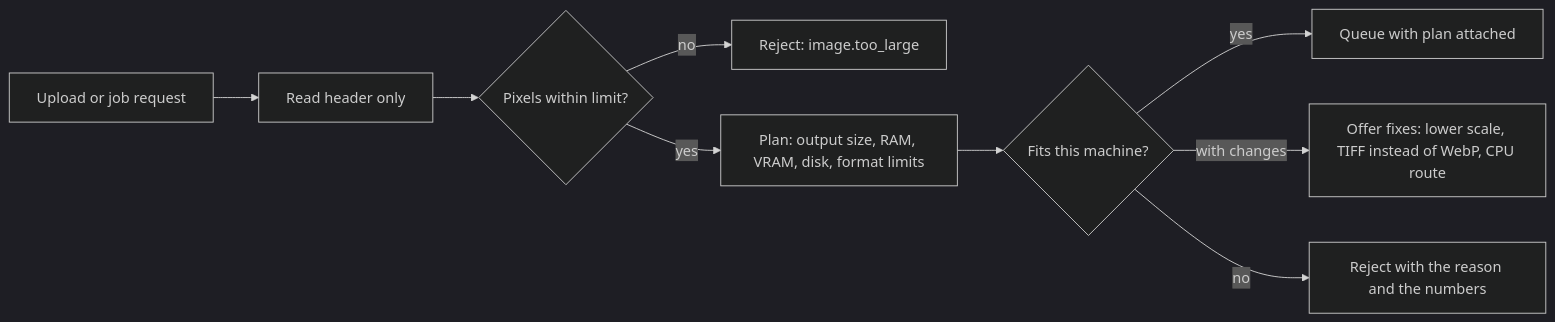
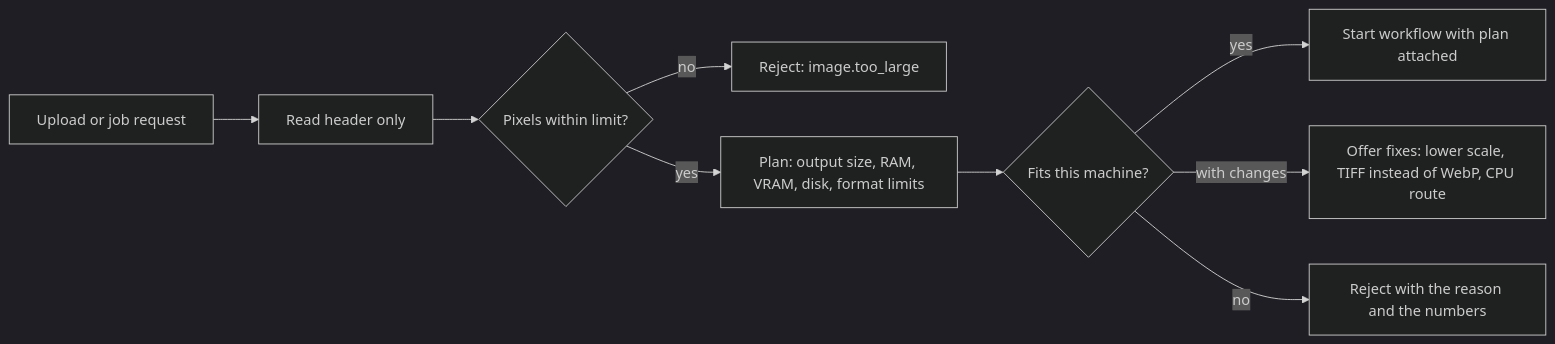
One commit to AmerZuher/Super-Image-Quality-Enhancer changed the second of 5 diagrams in docs/architecture.md. Above: the diagram before and after it, drawn with Mermaid (dark theme). The commit also changed other lines of this file and 21 other files, not shown here.

First line of the commit message:
docs: architecture v3, ADRs, AGENTS.md, README and gallery

````diff
--- a/docs/architecture.md
+++ b/docs/architecture.md
@@ -229,11 +198,11 @@
 ```mermaid
 flowchart LR
   U[Upload or job request] --> H[Read header only]
   H --> L{Pixels within limit?}
   L -- no --> R[Reject: image.too_large]
   L -- yes --> P[Plan: output size, RAM, VRAM, disk, format limits]
   P --> F{Fits this machine?}
-  F -- yes --> Q[Queue with plan attached]
+  F -- yes --> Q[Start workflow with plan attached]
   F -- with changes --> X[Offer fixes: lower scale, TIFF instead of WebP, CPU route]
   F -- no --> E[Reject with the reason and the numbers]
 ```
````
